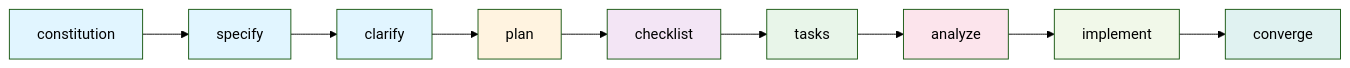
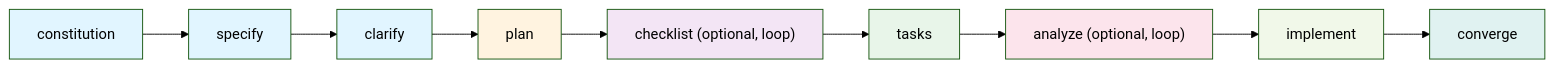
One commit to vaishnavkishan/compu-delivery-Speckit-demo-v2 changed the first of 3 diagrams in README.md. Above: the diagram before and after it, drawn with Mermaid (forest theme).

Commit message:
Clarify optional elements in Mermaid diagram in README

````diff
--- a/README.md
+++ b/README.md
@@ -12,14 +12,14 @@
 ```mermaid
 graph LR
-    A["constitution"] --> B["specify"] --> C["clarify"] --> D["plan"] --> E["checklist"] --> F["tasks"] --> G["analyze"] --> H["implement"] --> I["converge"]
+    A["constitution"] --> B["specify"] --> C["clarify"] --> D["plan"] --> E["checklist (optional, loop)"] --> F["tasks"] --> G["analyze (optional, loop)"] --> H["implement"] --> I["converge"]
 
     style A fill:#e1f5ff
     style B fill:#e1f5ff
     style C fill:#e1f5ff
     style D fill:#fff3e0
     style E fill:#f3e5f5
     style F fill:#e8f5e9
     style G fill:#fce4ec
     style H fill:#f1f8e9
     style I fill:#e0f2f1
 ```
````
